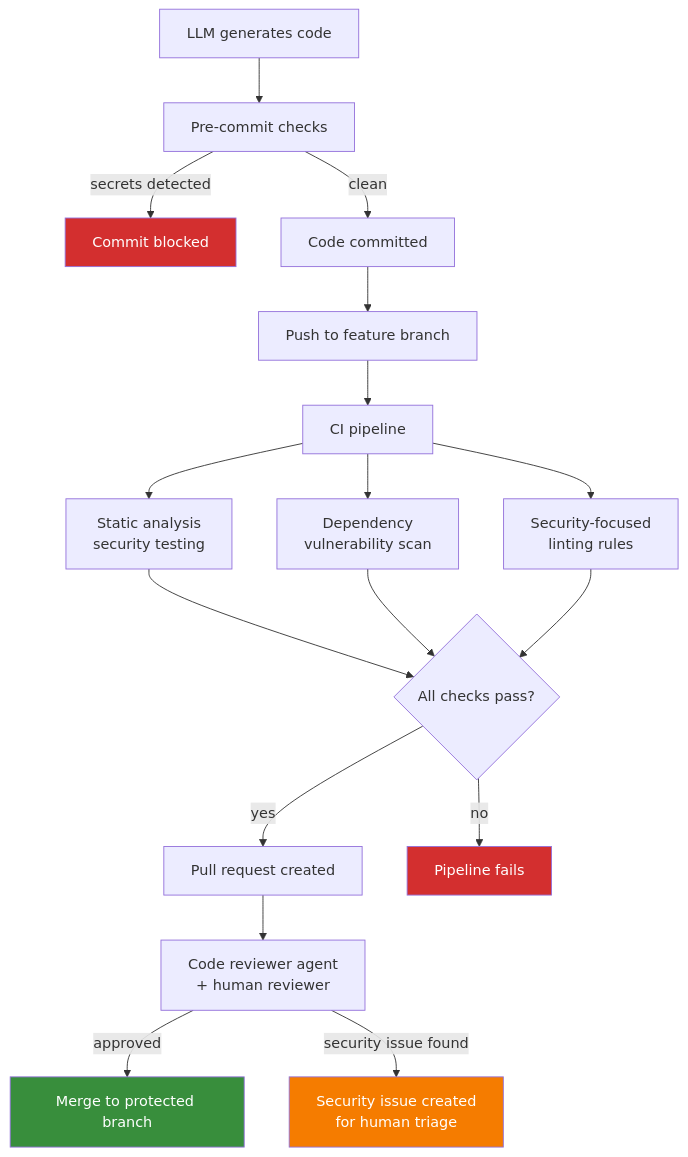
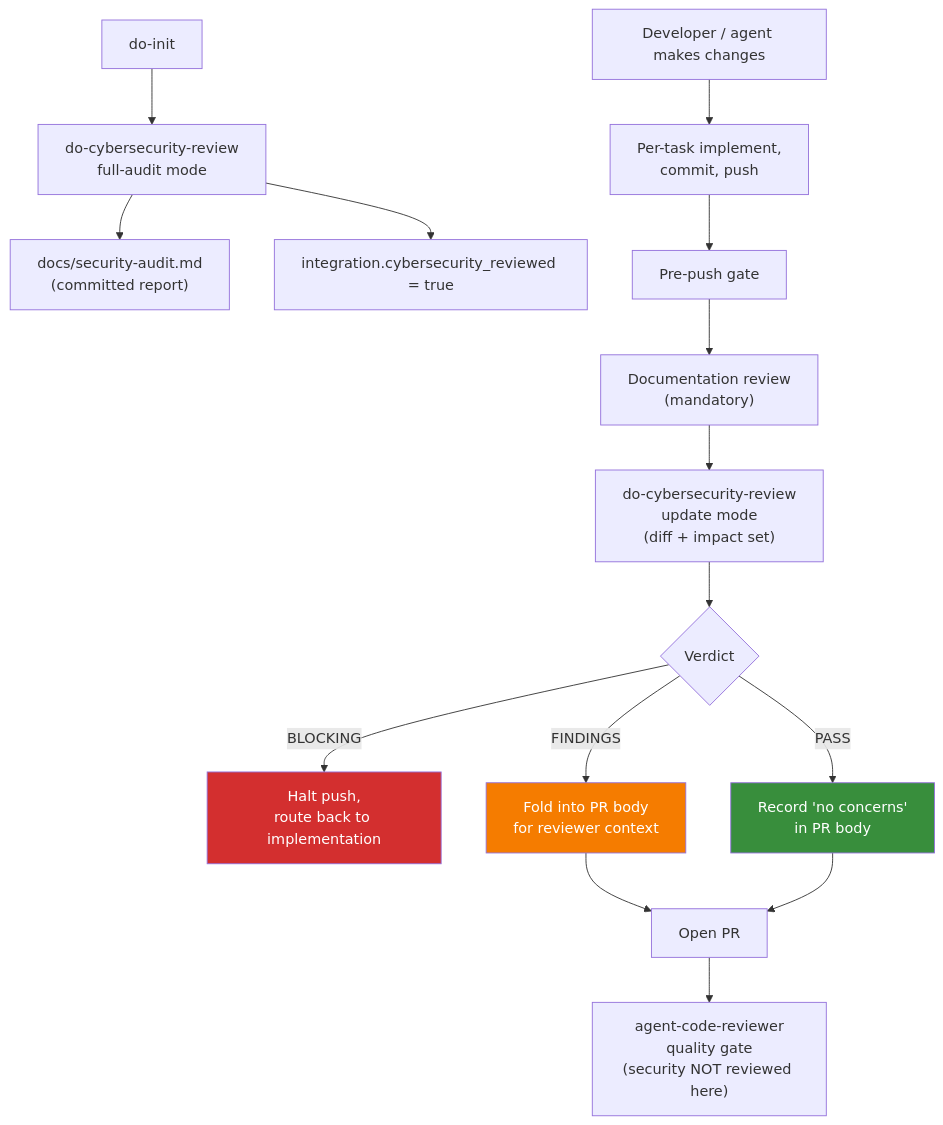
The first of 2 diagrams in docs/security-review.md (thermiteau/maverick), drawn with Mermaid before and after one commit. The commit also changed other lines of this file and 3 other files, not shown here.

First line of the commit message:
docs: align overview, architecture, security-review, workflow with current state

````diff
--- a/docs/security-review.md
+++ b/docs/security-review.md
@@ -56,24 +56,22 @@
 ```mermaid
 flowchart TD
-    GEN["LLM generates code"] --> PRE["Pre-commit checks"]
-    PRE -->|secrets detected| BLOCK1["Commit blocked"]
-    PRE -->|clean| COMMIT["Code committed"]
-    COMMIT --> PUSH["Push to feature branch"]
-    PUSH --> CI["CI pipeline"]
-    CI --> SAST["Static analysis<br/>security testing"]
-    CI --> DEP["Dependency<br/>vulnerability scan"]
-    CI --> LINT["Security-focused<br/>linting rules"]
-    SAST --> GATE{All checks pass?}
-    DEP --> GATE
-    LINT --> GATE
-    GATE -->|yes| PR["Pull request created"]
-    GATE -->|no| BLOCK2["Pipeline fails"]
-    PR --> REVIEW["Code reviewer agent<br/>+ human reviewer"]
-    REVIEW -->|approved| MERGE["Merge to protected branch"]
-    REVIEW -->|security issue found| ISSUE["Security issue created<br/>for human triage"]
+    INIT["do-init"] --> FULL["do-cybersecurity-review<br/>full-audit mode"]
+    FULL --> AUDIT["docs/security-audit.md<br/>(committed report)"]
+    FULL --> FLAG1["integration.cybersecurity_reviewed = true"]
 
-    style BLOCK1 fill:#d32f2f,color:#fff
-    style BLOCK2 fill:#d32f2f,color:#fff
-    style ISSUE fill:#f57c00,color:#fff
-    style MERGE fill:#388e3c,color:#fff
+    DEV["Developer / agent makes changes"] --> TASK["Per-task implement,<br/>commit, push"]
+    TASK --> PREPUSH["Pre-push gate"]
+    PREPUSH --> DOCS_REVIEW["Documentation review<br/>(mandatory)"]
+    DOCS_REVIEW --> SEC_UPDATE["do-cybersecurity-review<br/>update mode<br/>(diff + impact set)"]
+    SEC_UPDATE --> VERDICT{Verdict}
+    VERDICT -->|BLOCKING| HALT["Halt push,<br/>route back to implementation"]
+    VERDICT -->|FINDINGS| FOLD["Fold into PR body<br/>for reviewer context"]
+    VERDICT -->|PASS| RECORD["Record 'no concerns'<br/>in PR body"]
+    FOLD --> OPEN_PR["Open PR"]
+    RECORD --> OPEN_PR
+    OPEN_PR --> CODE_REVIEW["agent-code-reviewer<br/>quality gate<br/>(security NOT reviewed here)"]
+
+    style HALT fill:#d32f2f,color:#fff
+    style FOLD fill:#f57c00,color:#fff
+    style RECORD fill:#388e3c,color:#fff
 ```
````
